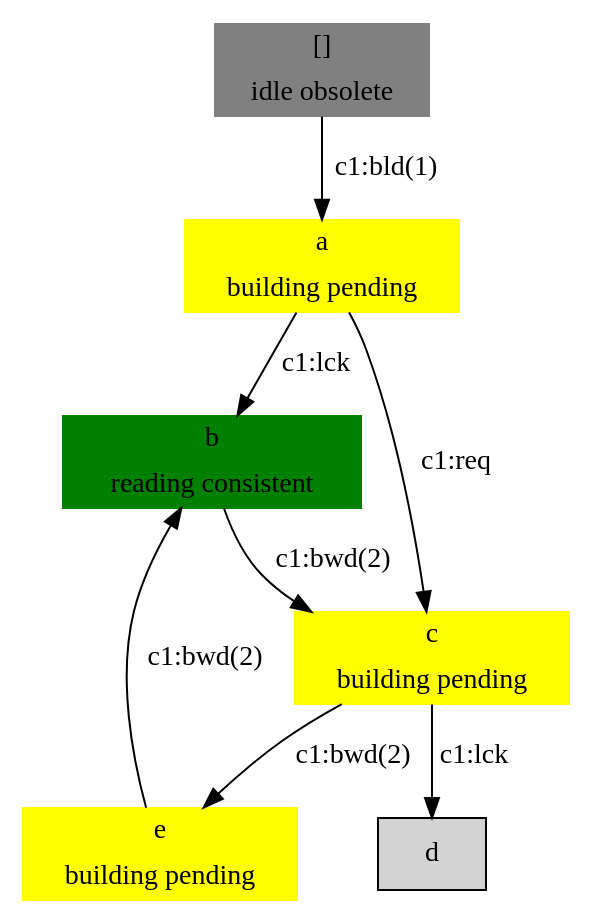
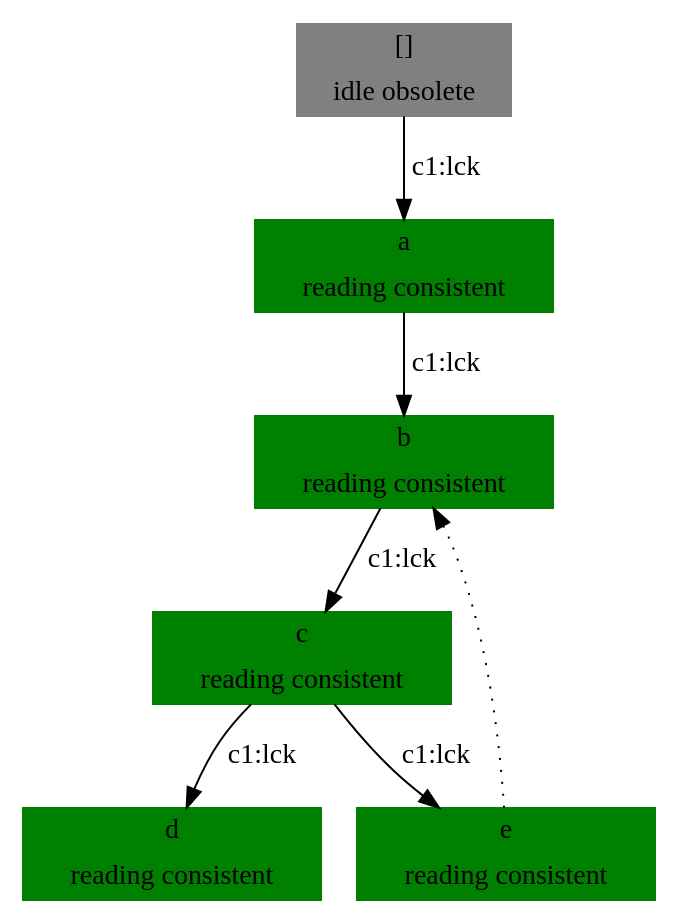
One commit to pdt-git/public changed the diagram in pdt.runtime/library/pdt/builder/targets.dot. Above: the diagram before and after it, drawn with Graphviz. The commit also changed 4 other files, not shown here.

```diff
--- a/pdt.runtime/library/pdt/builder/targets.dot
+++ b/pdt.runtime/library/pdt/builder/targets.dot
@@ -1,15 +1,15 @@
 digraph G {
 node [style=filled,shape = "record"]
 "[]" [label="{[] | idle obsolete}", color=gray]
-"a" [label="{a | building pending}", color=yellow]
+"a" [label="{a | reading consistent}", color=green]
 "b" [label="{b | reading consistent}", color=green]
-"c" [label="{c | building pending}", color=yellow]
-"e" [label="{e | building pending}", color=yellow]
-"[]" -> "a" [style=solid,label="c1:bld(1)"]
+"c" [label="{c | reading consistent}", color=green]
+"d" [label="{d | reading consistent}", color=green]
+"e" [label="{e | reading consistent}", color=green]
+"e" -> "b" [style=dotted]
 "c" -> "d" [style=solid,label="c1:lck"]
-"e" -> "b" [style=solid,label="c1:bwd(2)"]
-"c" -> "e" [style=solid,label="c1:bwd(2)"]
-"b" -> "c" [style=solid,label="c1:bwd(2)"]
 "a" -> "b" [style=solid,label="c1:lck"]
-"a" -> "c" [style=solid,label="c1:req"]
+"b" -> "c" [style=solid,label="c1:lck"]
+"c" -> "e" [style=solid,label="c1:lck"]
+"[]" -> "a" [style=solid,label="c1:lck"]
 }
```
